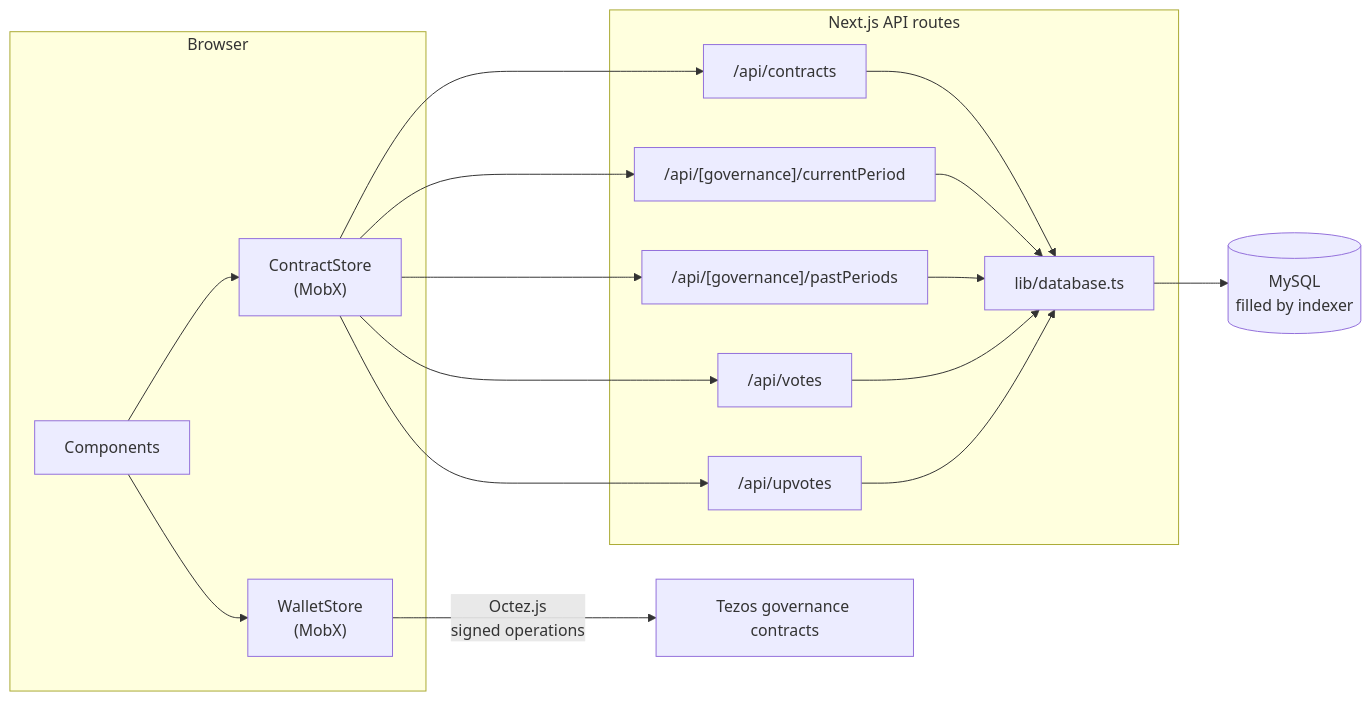
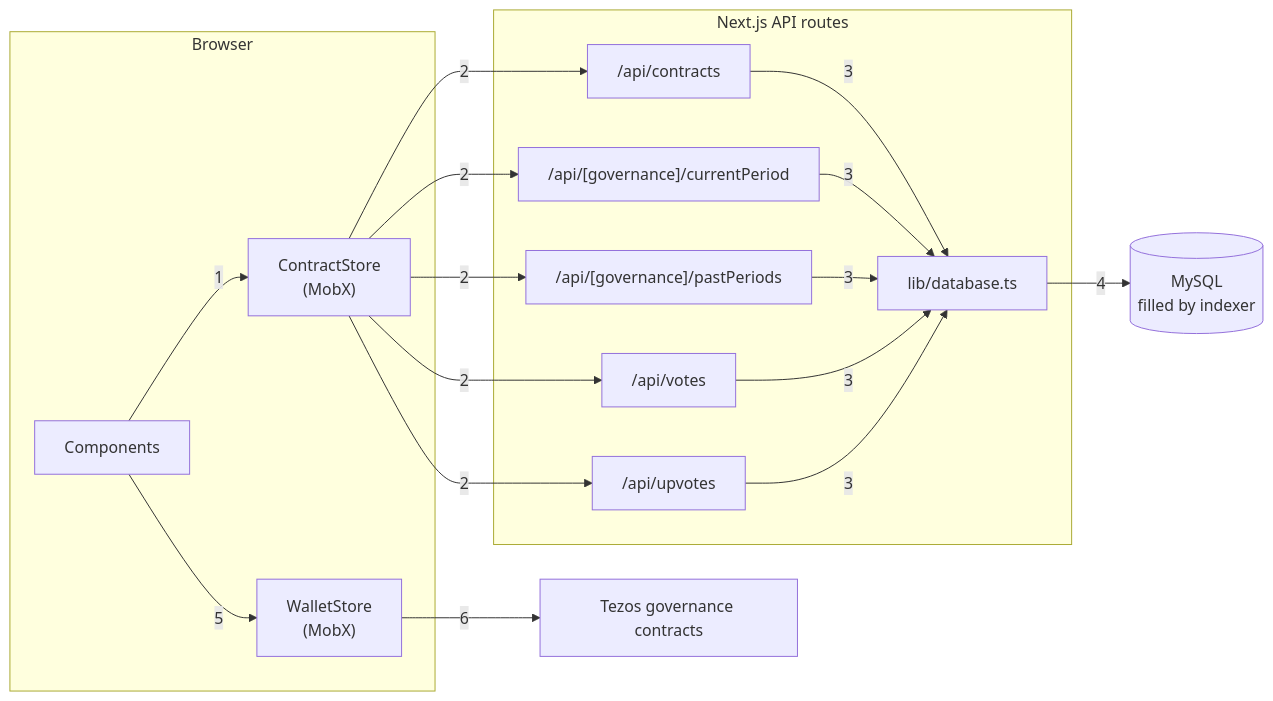
The diagram in apps/frontend/README.md (etherlinkcom/governance-website-v2), drawn with Mermaid before and after one commit. The commit also changed other lines of this file and 1 other file, not shown here.

Commit message:
docs: number diagram steps and document indexer data sources

````diff
--- a/apps/frontend/README.md
+++ b/apps/frontend/README.md
@@ -42,25 +42,25 @@
 ```mermaid
 flowchart LR
   subgraph browser["Browser"]
     ui["Components"]
     cs["ContractStore<br/>(MobX)"]
     ws["WalletStore<br/>(MobX)"]
   end
   subgraph server["Next.js API routes"]
     contracts["/api/contracts"]
     curp["/api/[governance]/currentPeriod"]
     pastp["/api/[governance]/pastPeriods"]
     votes["/api/votes"]
     upvotes["/api/upvotes"]
     dbc["lib/database.ts"]
   end
   db[("MySQL<br/>filled by indexer")]
   chain["Tezos governance contracts"]
 
-  ui --> cs
-  ui --> ws
-  cs --> contracts & curp & pastp & votes & upvotes
-  contracts & curp & pastp & votes & upvotes --> dbc
-  dbc --> db
-  ws -->|"Octez.js<br/>signed operations"| chain
+  ui -->|1| cs
+  cs -->|2| contracts & curp & pastp & votes & upvotes
+  contracts & curp & pastp & votes & upvotes -->|3| dbc
+  dbc -->|4| db
+  ui -->|5| ws
+  ws -->|6| chain
 ```
````
